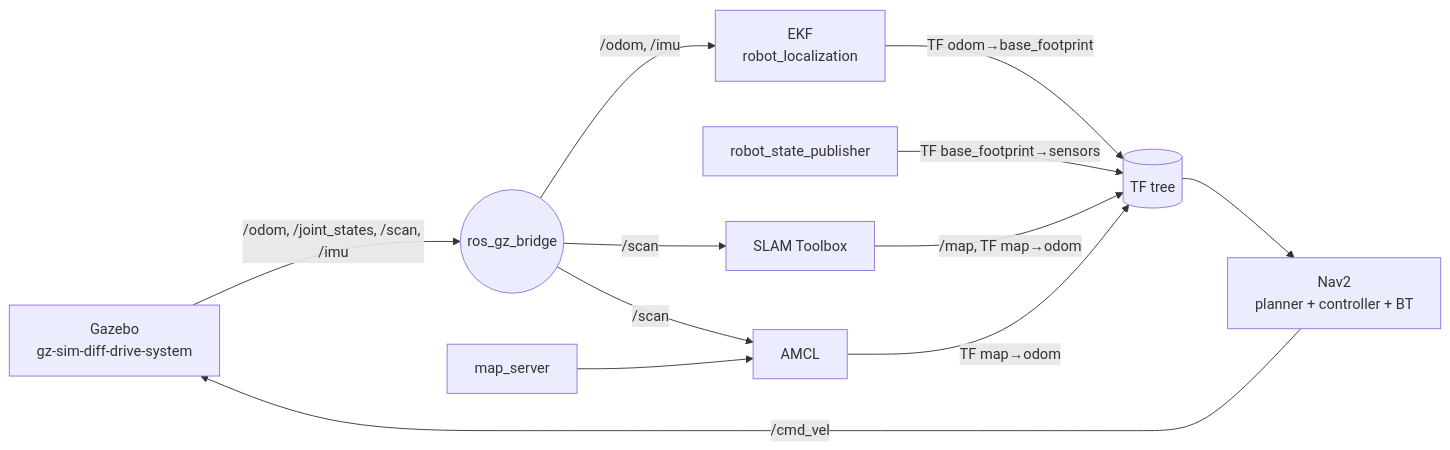
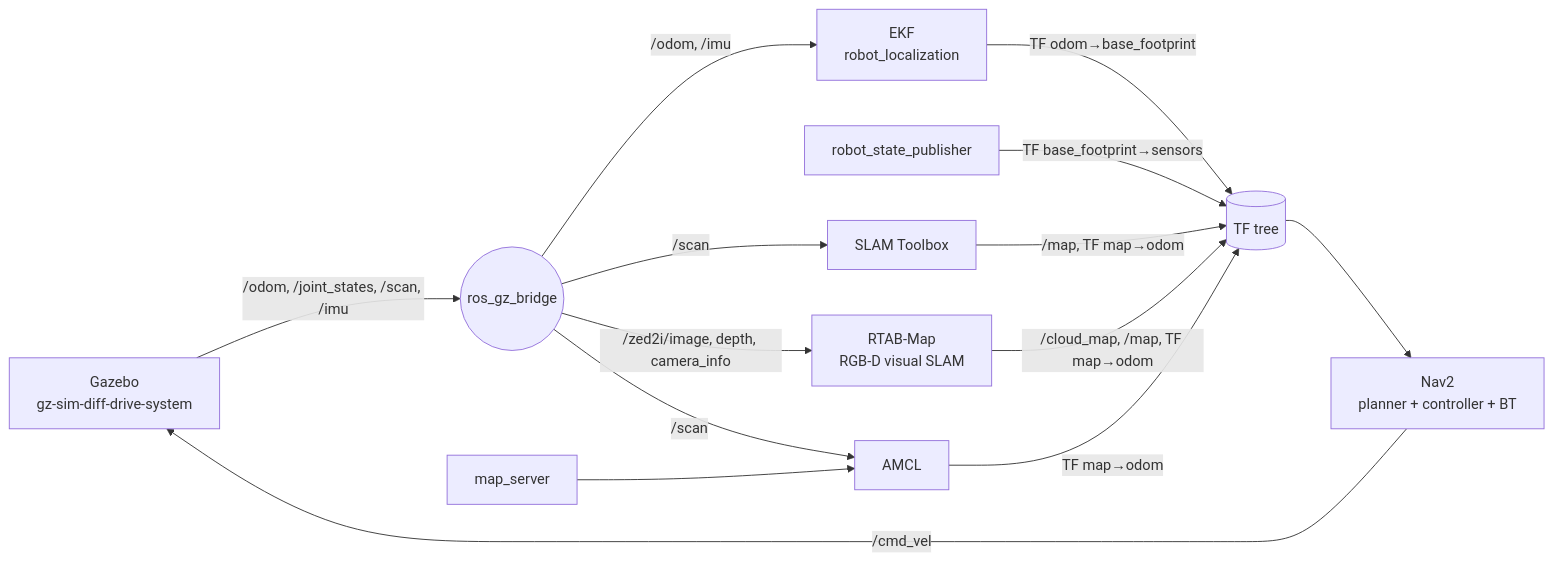
One commit to MrDavidAlv/Axioma_robot changed the second of 2 diagrams in README.md. Above: the diagram before and after it, drawn with Mermaid. The commit also changed other lines of this file and 6 other files, not shown here.

````diff
--- a/README.md
+++ b/README.md
@@ -206,16 +214,19 @@
 ```mermaid
 flowchart LR
     GZ["Gazebo\ngz-sim-diff-drive-system"] -- "/odom, /joint_states, /scan, /imu" --> BR(("ros_gz_bridge"))
     BR -- "/odom, /imu" --> EKF["EKF\nrobot_localization"]
     EKF -- "TF odom→base_footprint" --> TF[("TF tree")]
     RSP["robot_state_publisher"] -- "TF base_footprint→sensors" --> TF
 
     BR -- "/scan" --> SLAM["SLAM Toolbox"]
     SLAM -- "/map, TF map→odom" --> TF
 
+    BR -- "/zed2i/image, depth, camera_info" --> RTAB["RTAB-Map\nRGB-D visual SLAM"]
+    RTAB -- "/cloud_map, /map, TF map→odom" --> TF
+
     MS["map_server"] --> AMCL
     BR -- "/scan" --> AMCL["AMCL"]
     AMCL -- "TF map→odom" --> TF
     TF --> NAV["Nav2\nplanner + controller + BT"]
     NAV -- "/cmd_vel" --> GZ
 ```
````
